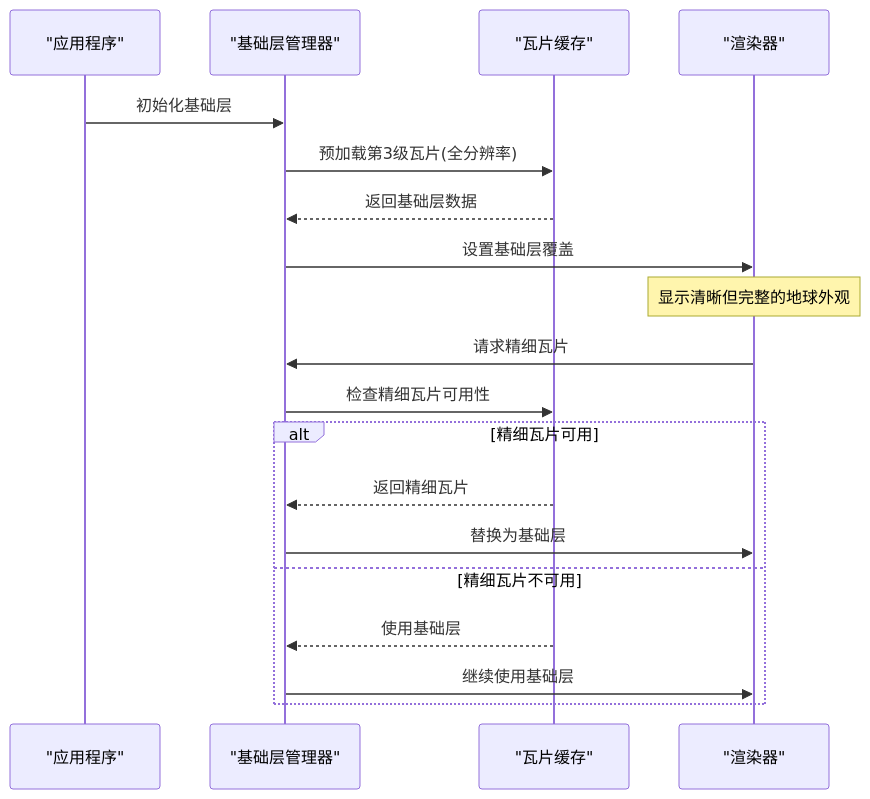
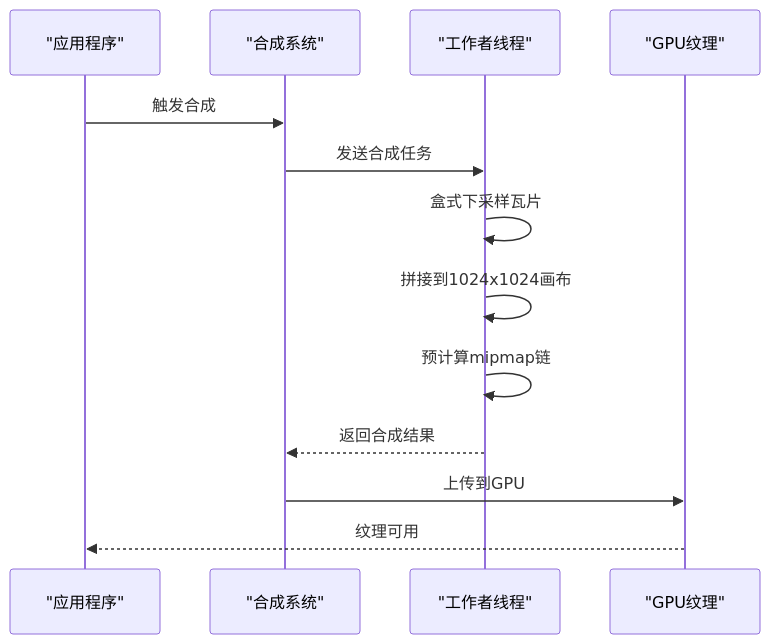
Before and after one commit to rzhangjing/cesium: the fourth of 22 diagrams in .qoder/repowiki/zh/content/核心概念/渲染管线与场景图/动态地球渲染系统.md, drawn with Mermaid. The commit also changed other lines of this file and 5 other files, not shown here.

````diff
--- a/.qoder/repowiki/zh/content/核心概念/渲染管线与场景图/动态地球渲染系统.md
+++ b/.qoder/repowiki/zh/content/核心概念/渲染管线与场景图/动态地球渲染系统.md
@@ -259,21 +262,15 @@
 ```mermaid
 sequenceDiagram
 participant App as "应用程序"
-participant Base as "基础层管理器"
-participant Cache as "瓦片缓存"
-participant Render as "渲染器"
-App->>Base : 初始化基础层
-Base->>Cache : 预加载第3级瓦片(全分辨率)
-Cache-->>Base : 返回基础层数据
-Base->>Render : 设置基础层覆盖
-Note over Render : 显示清晰但完整的地球外观
-Render->>Base : 请求精细瓦片
-Base->>Cache : 检查精细瓦片可用性
-alt 精细瓦片可用
-Cache-->>Base : 返回精细瓦片
-Base->>Render : 替换为基础层
-else 精细瓦片不可用
-Cache-->>Base : 使用基础层
-Base->>Render : 继续使用基础层
-end
+participant Composite as "合成系统"
+participant Worker as "工作者线程"
+participant GPU as "GPU纹理"
+App->>Composite : 触发合成
+Composite->>Worker : 发送合成任务
+Worker->>Worker : 盒式下采样瓦片
+Worker->>Worker : 拼接到1024x1024画布
+Worker->>Worker : 预计算mipmap链
+Worker-->>Composite : 返回合成结果
+Composite->>GPU : 上传到GPU
+GPU-->>App : 纹理可用
 ```
````
